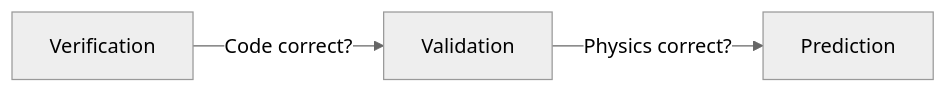
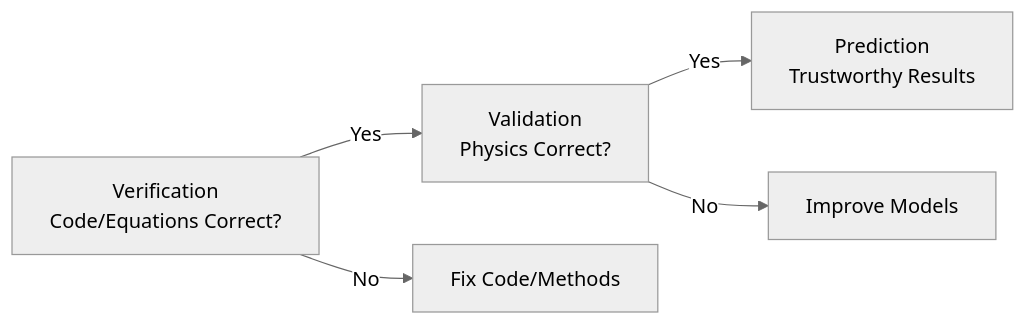
One commit to wramet/build-my-cfd changed the first of 3 diagrams in MODULE_04_MULTIPHASE_FUNDAMENTALS/CONTENT/07_VALIDATION/00_Overview.md. Above: the diagram before and after it, drawn with Mermaid (neutral theme). The commit also changed other lines of this file and 75 other files, not shown here.

````diff
--- a/MODULE_04_MULTIPHASE_FUNDAMENTALS/CONTENT/07_VALIDATION/00_Overview.md
+++ b/MODULE_04_MULTIPHASE_FUNDAMENTALS/CONTENT/07_VALIDATION/00_Overview.md
@@ -18,5 +37,7 @@
 ```mermaid
 flowchart LR
-    A[Verification] -->|Code correct?| B[Validation]
-    B -->|Physics correct?| C[Prediction]
+    A[Verification<br/>Code/Equations Correct?] -->|Yes| B[Validation<br/>Physics Correct?]
+    B -->|Yes| C[Prediction<br/>Trustworthy Results]
+    A -->|No| D[Fix Code/Methods]
+    B -->|No| E[Improve Models]
 ```
````
